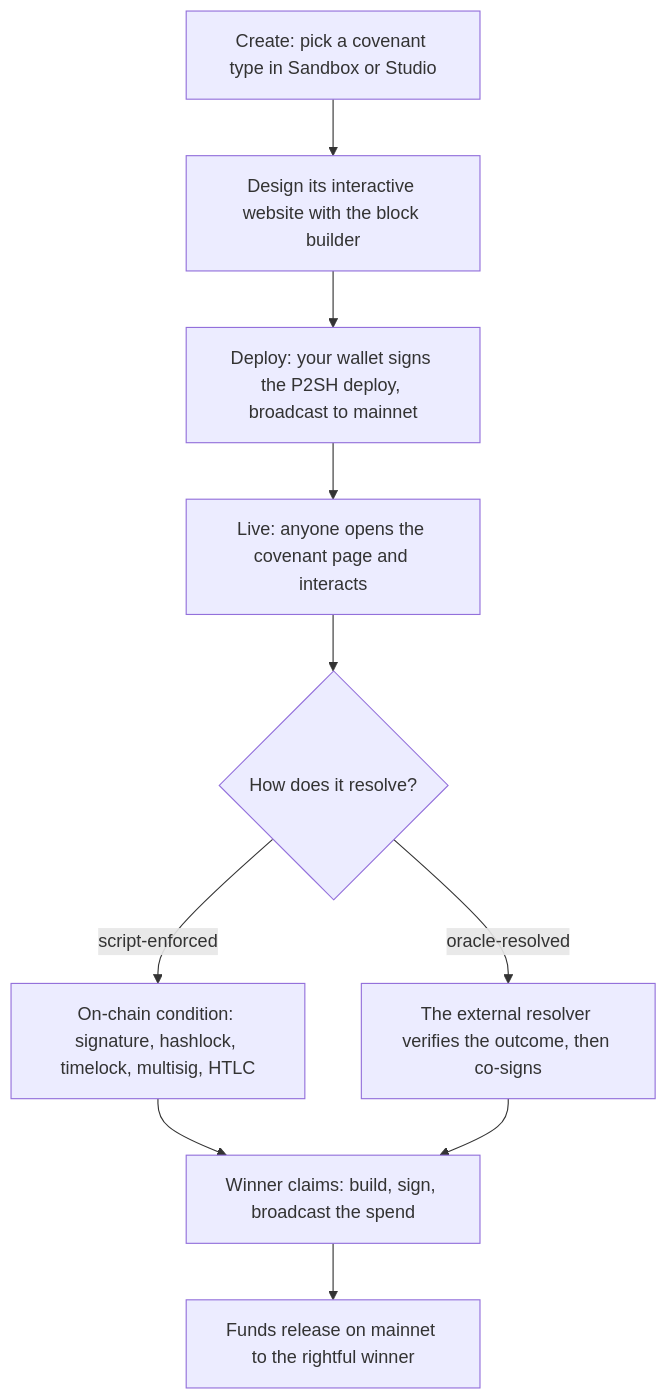
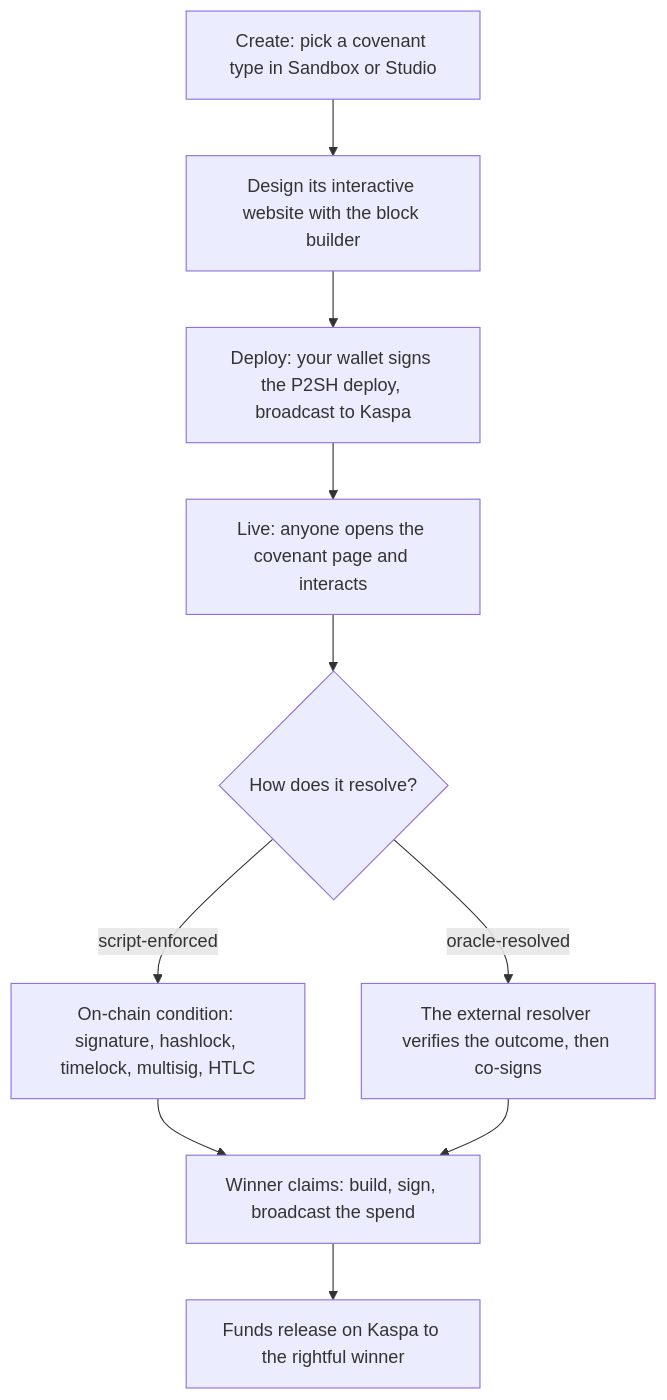
The second of 5 diagrams in README.md (THTProtocol/Covex27), drawn with Mermaid before and after one commit. The commit also changed other lines of this file and 40 other files, not shown here.

````diff
--- a/README.md
+++ b/README.md
@@ -198,12 +193,12 @@
 ```mermaid
 flowchart TD
   A["Create: pick a covenant type in Sandbox or Studio"] --> B["Design its interactive website with the block builder"]
-  B --> C["Deploy: your wallet signs the P2SH deploy, broadcast to mainnet"]
+  B --> C["Deploy: your wallet signs the P2SH deploy, broadcast to Kaspa"]
   C --> D["Live: anyone opens the covenant page and interacts"]
   D --> E{"How does it resolve?"}
   E -->|script-enforced| F["On-chain condition: signature, hashlock, timelock, multisig, HTLC"]
   E -->|oracle-resolved| G["The external resolver verifies the outcome, then co-signs"]
   F --> H["Winner claims: build, sign, broadcast the spend"]
   G --> H
-  H --> I["Funds release on mainnet to the rightful winner"]
+  H --> I["Funds release on Kaspa to the rightful winner"]
 ```
````
